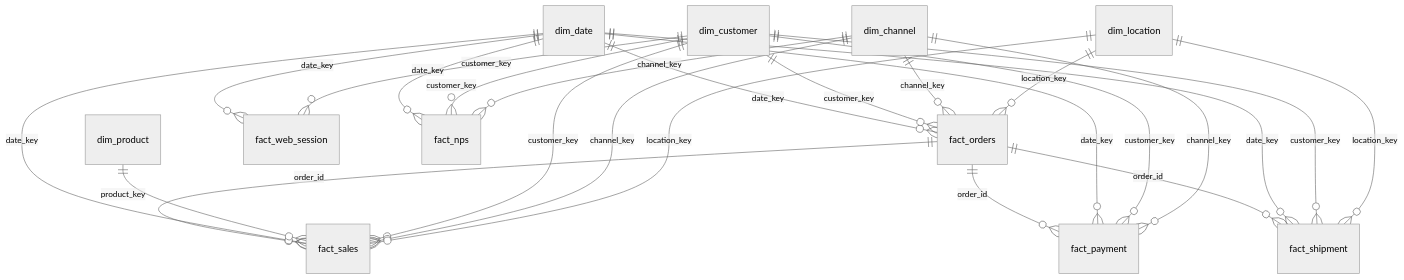
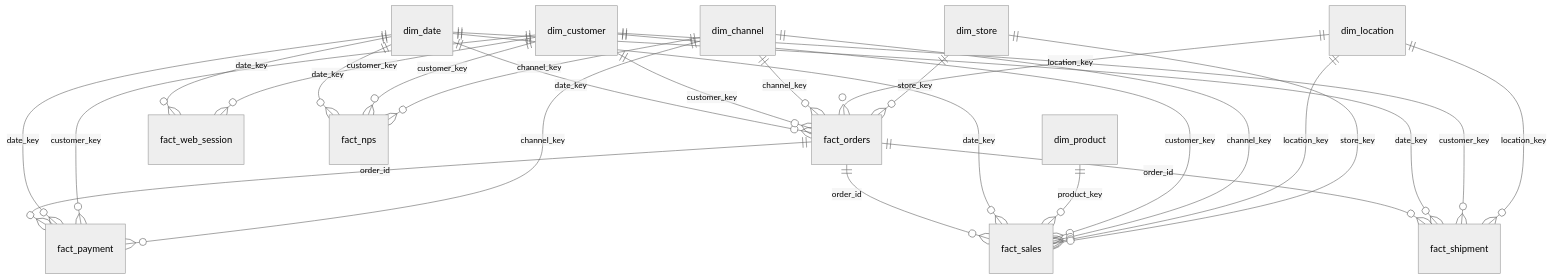
The diagram in README.md (Martin-ia-pro/practica-imond), drawn with Mermaid (neutral theme) before and after one commit. The commit also changed other lines of this file, not shown here.

Commit message:
docs: actualizar README con dim_store y capa de data marts

````diff
--- a/README.md
+++ b/README.md
@@ -294,26 +344,28 @@
 ```mermaid
 erDiagram
     dim_date ||--o{ fact_orders : date_key
     dim_customer ||--o{ fact_orders : customer_key
     dim_channel ||--o{ fact_orders : channel_key
     dim_location ||--o{ fact_orders : location_key
+    dim_store ||--o{ fact_orders : store_key
     fact_orders ||--o{ fact_sales : order_id
     dim_date ||--o{ fact_sales : date_key
     dim_product ||--o{ fact_sales : product_key
     dim_customer ||--o{ fact_sales : customer_key
     dim_channel ||--o{ fact_sales : channel_key
     dim_location ||--o{ fact_sales : location_key
+    dim_store ||--o{ fact_sales : store_key
     dim_date ||--o{ fact_web_session : date_key
     dim_customer ||--o{ fact_web_session : customer_key
     dim_date ||--o{ fact_nps : date_key
     dim_customer ||--o{ fact_nps : customer_key
     dim_channel ||--o{ fact_nps : channel_key
     fact_orders ||--o{ fact_payment : order_id
     dim_date ||--o{ fact_payment : date_key
     dim_customer ||--o{ fact_payment : customer_key
     dim_channel ||--o{ fact_payment : channel_key
     fact_orders ||--o{ fact_shipment : order_id
     dim_date ||--o{ fact_shipment : date_key
     dim_customer ||--o{ fact_shipment : customer_key
     dim_location ||--o{ fact_shipment : location_key
 ```
````
